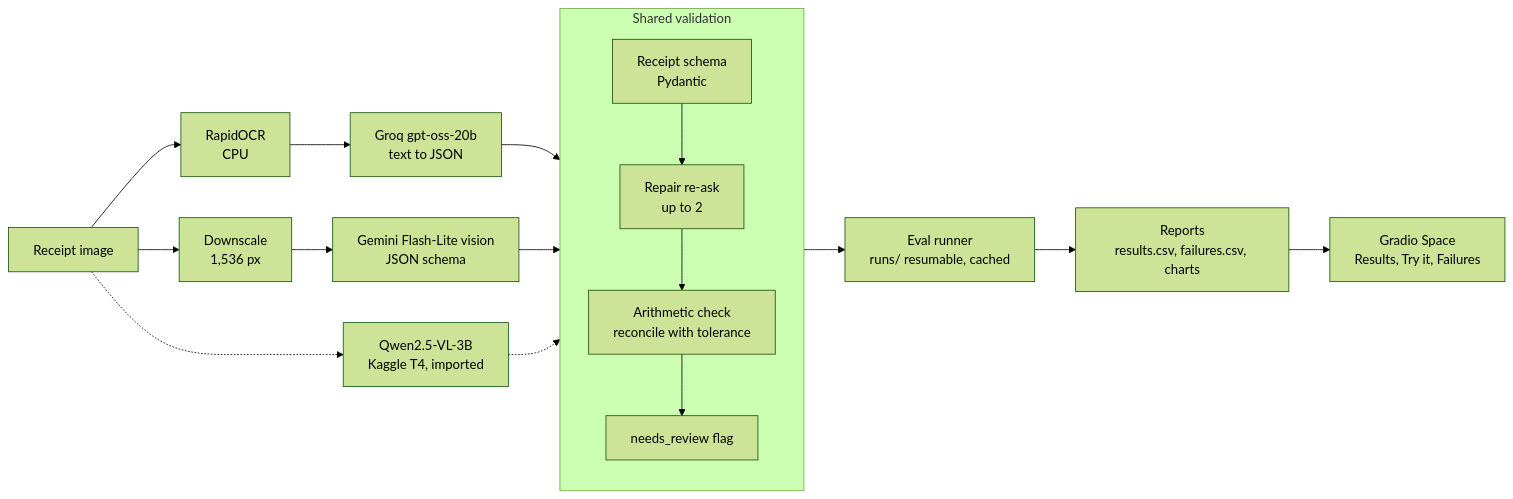
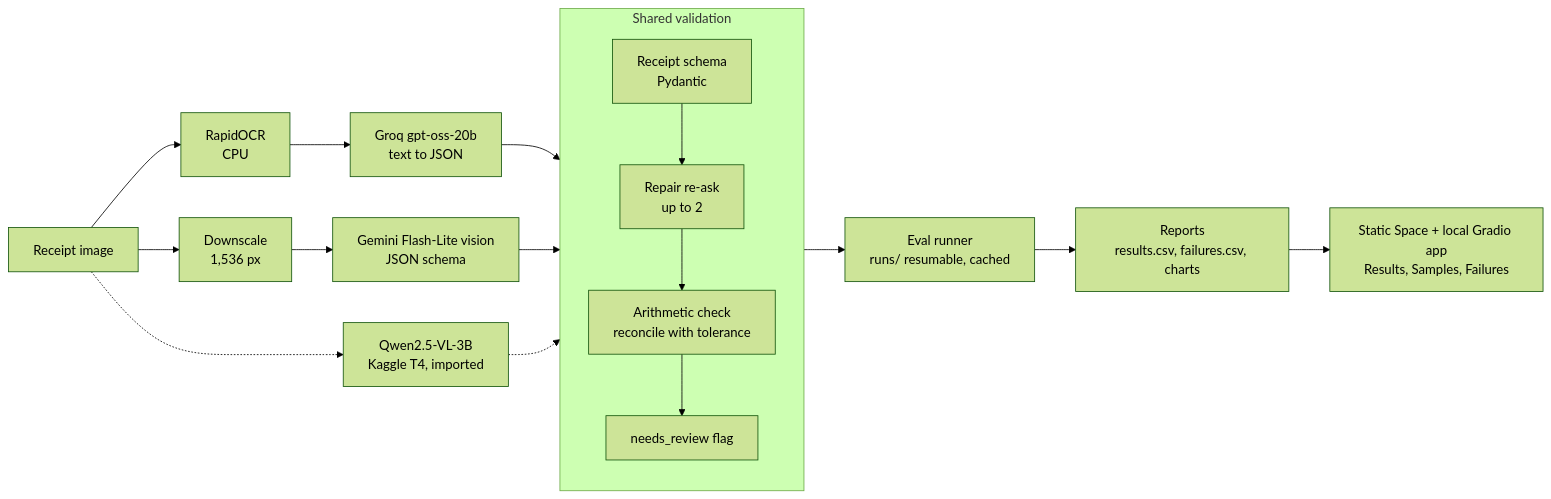
The diagram in README.md (Udai30/receipt-extractor), drawn with Mermaid (forest theme) before and after one commit. The commit also changed other lines of this file and 17 other files, not shown here.

First line of the commit message:
M3.2: publish the demo as a free Static Space; fix Results showing validation rows

````diff
--- a/README.md
+++ b/README.md
@@ -29,23 +29,23 @@
 ```mermaid
 flowchart LR
     IMG[Receipt image] --> A1[RapidOCR<br/>CPU]
     A1 --> A2[Groq gpt-oss-20b<br/>text to JSON]
     IMG --> B1[Downscale<br/>1,536 px]
     B1 --> B2[Gemini Flash-Lite vision<br/>JSON schema]
     IMG -.-> C1[Qwen2.5-VL-3B<br/>Kaggle T4, imported]
 
     A2 --> V
     B2 --> V
     C1 -.-> V
 
     subgraph V[Shared validation]
         direction TB
         V1[Receipt schema<br/>Pydantic] --> V2[Repair re-ask<br/>up to 2]
         V2 --> V3[Arithmetic check<br/>reconcile with tolerance]
         V3 --> V4[needs_review flag]
     end
 
     V --> R[Eval runner<br/>runs/ resumable, cached]
     R --> REP[Reports<br/>results.csv, failures.csv, charts]
-    REP --> UI[Gradio Space<br/>Results, Try it, Failures]
+    REP --> UI[Static Space + local Gradio app<br/>Results, Samples, Failures]
 ```
````
